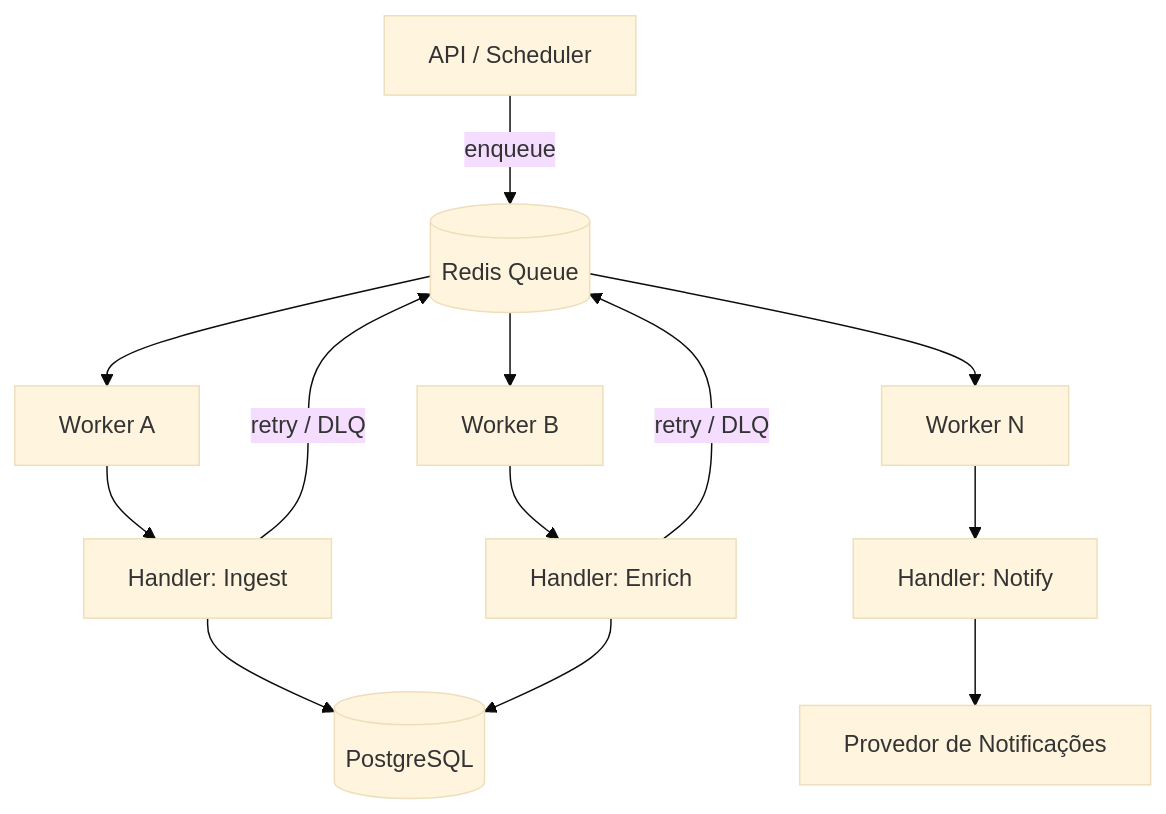
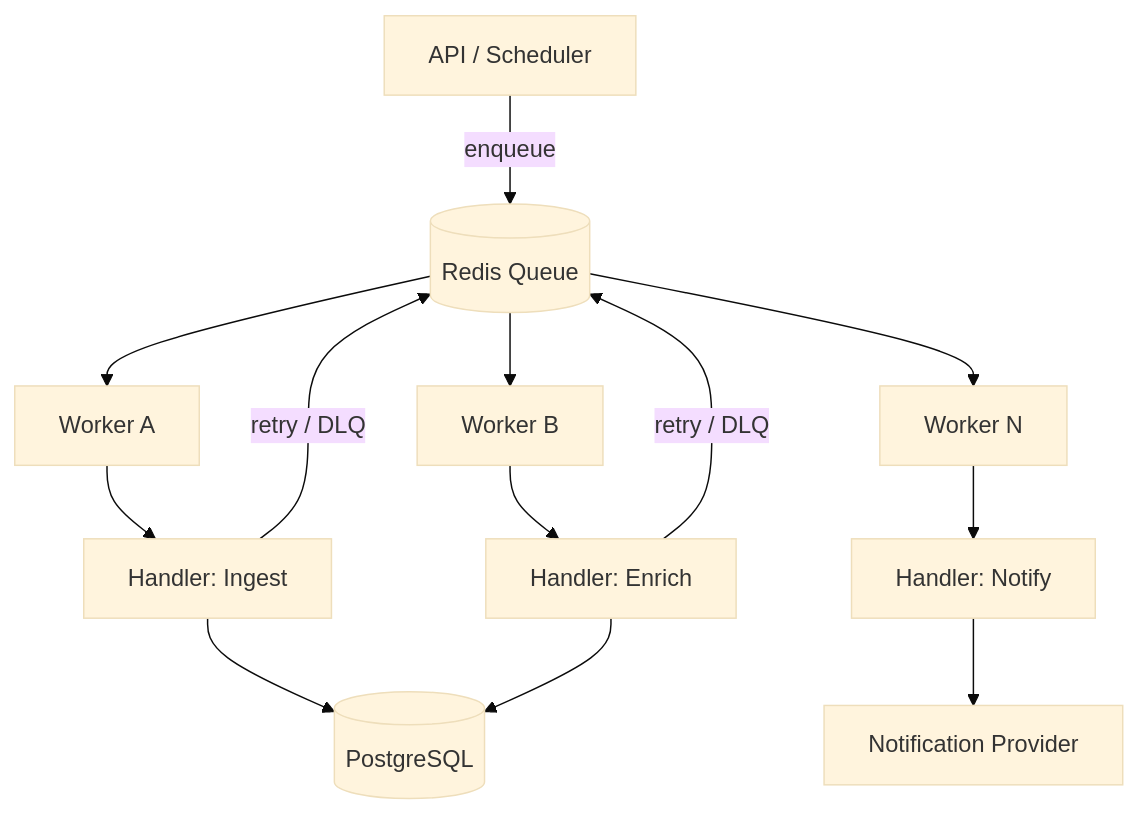
One commit to alissonf216/licitech-architecture-showcase changed the third of 8 diagrams in docs/ARCHITECTURE.md. Above: the diagram before and after it, drawn with Mermaid (base theme). The commit also changed other lines of this file and 36 other files, not shown here.

First line of the commit message:
Add Licitech architecture portfolio (EN + PT-BR)

````diff
--- a/docs/ARCHITECTURE.md
+++ b/docs/ARCHITECTURE.md
@@ -91,18 +93,18 @@
 ```mermaid
 flowchart TD
     API[API / Scheduler] -->|enqueue| Q[(Redis Queue)]
     Q --> WA[Worker A]
     Q --> WB[Worker B]
     Q --> WC[Worker N]
 
     WA --> H1[Handler: Ingest]
     WB --> H2[Handler: Enrich]
     WC --> H3[Handler: Notify]
 
     H1 --> DB[(PostgreSQL)]
     H2 --> DB
-    H3 --> EXT[Provedor de Notificações]
+    H3 --> EXT[Notification Provider]
 
     H1 -->|retry / DLQ| Q
     H2 -->|retry / DLQ| Q
 ```
````
